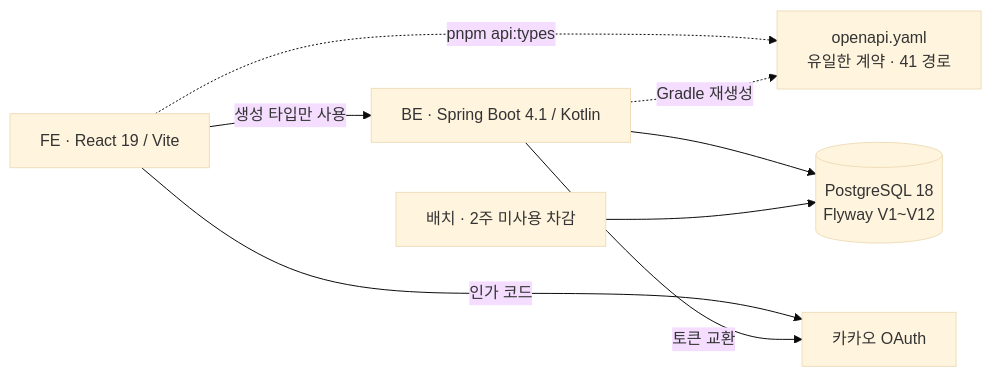
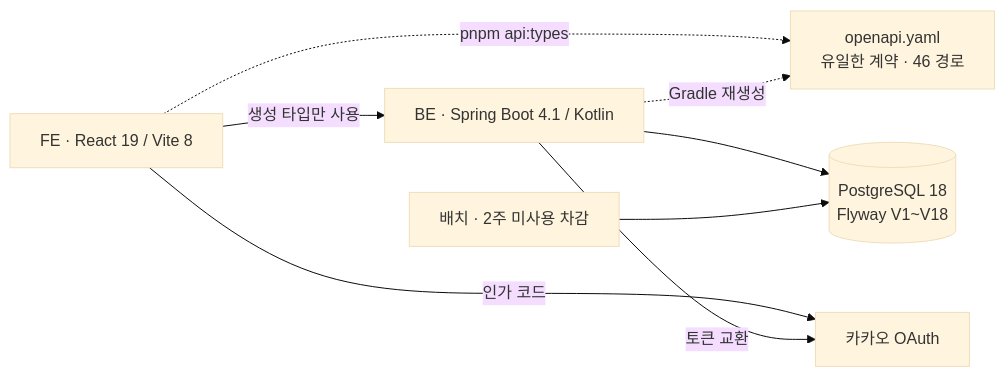
The first of 2 diagrams in architecture.md (minsu-zip/gold-wrestling-docs), drawn with Mermaid (base theme) before and after one commit. The commit also changed other lines of this file and 25 other files, not shown here.

````diff
--- a/architecture.md
+++ b/architecture.md
@@ -9,17 +9,17 @@
 ```mermaid
 flowchart LR
-  FE["FE · React 19 / Vite"]
-  OAS["openapi.yaml<br/>유일한 계약 · 41 경로"]
+  FE["FE · React 19 / Vite 8"]
+  OAS["openapi.yaml<br/>유일한 계약 · 46 경로"]
   API["BE · Spring Boot 4.1 / Kotlin"]
   BATCH["배치 · 2주 미사용 차감"]
-  DB[("PostgreSQL 18<br/>Flyway V1~V12")]
+  DB[("PostgreSQL 18<br/>Flyway V1~V18")]
   KAKAO["카카오 OAuth"]
 
   FE -- "생성 타입만 사용" --> API
   FE -. "pnpm api:types" .-> OAS
   API -. "Gradle 재생성" .-> OAS
   API --> DB
   BATCH --> DB
   FE -- "인가 코드" --> KAKAO
   API -- "토큰 교환" --> KAKAO
 ```
````
